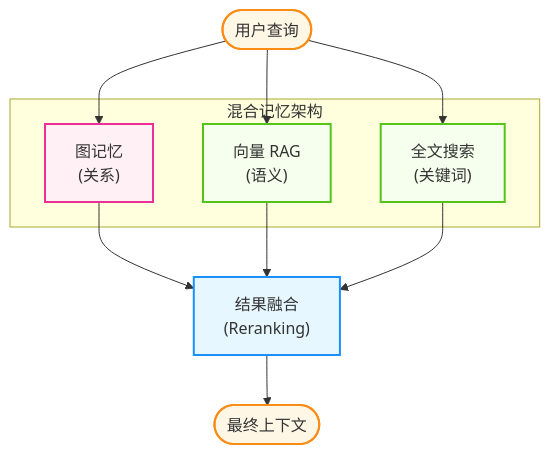
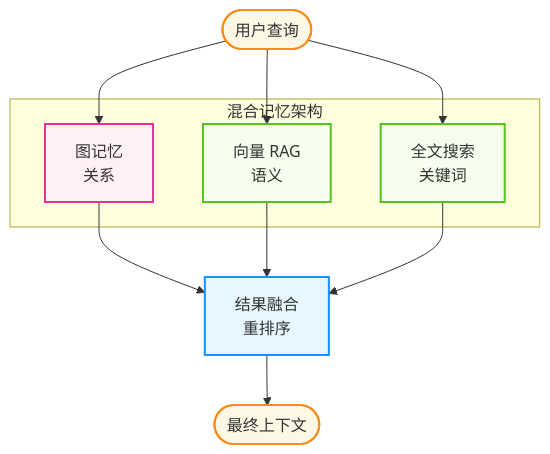
One commit to yeasy/agentic_ai_guide changed the third of 4 diagrams in 03_memory/3.5_graph_memory.md. Above: the diagram before and after it, drawn with Mermaid. The commit also changed other lines of this file and 88 other files, not shown here.

````diff
--- a/03_memory/3.5_graph_memory.md
+++ b/03_memory/3.5_graph_memory.md
@@ -123,35 +123,35 @@
 ```mermaid
 graph TD
     %% Agentic Design System
     classDef user fill:#fff7e6,stroke:#fa8c16,stroke-width:2px;
     classDef memory fill:#fff0f6,stroke:#eb2f96,stroke-width:2px;
     classDef tool fill:#f6ffed,stroke:#52c41a,stroke-width:2px;
     classDef agent fill:#e6f7ff,stroke:#1890ff,stroke-width:2px;
 
     UserQuery(["用户查询"])
     
     subgraph Components["混合记忆架构"]
-        GraphMem["图记忆<br/>(关系)"]
-        VectorRAG["向量 RAG<br/>(语义)"]
-        FullText["全文搜索<br/>(关键词)"]
+        GraphMem["图记忆<br/>关系"]
+        VectorRAG["向量 RAG<br/>语义"]
+        FullText["全文搜索<br/>关键词"]
     end
     
-    Merge["结果融合<br/>(Reranking)"]
+    Merge["结果融合<br/>重排序"]
     FinalContext(["最终上下文"])
     
     UserQuery --> GraphMem
     UserQuery --> VectorRAG
     UserQuery --> FullText
     
     GraphMem --> Merge
     VectorRAG --> Merge
     FullText --> Merge
     
     Merge --> FinalContext
     
     class UserQuery user;
     class GraphMem memory;
     class VectorRAG,FullText tool;
     class Merge agent;
     class FinalContext user;
 ```
````
